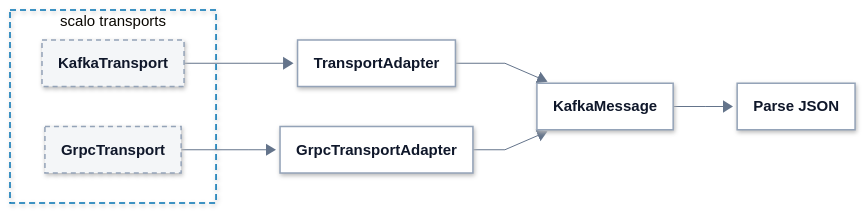
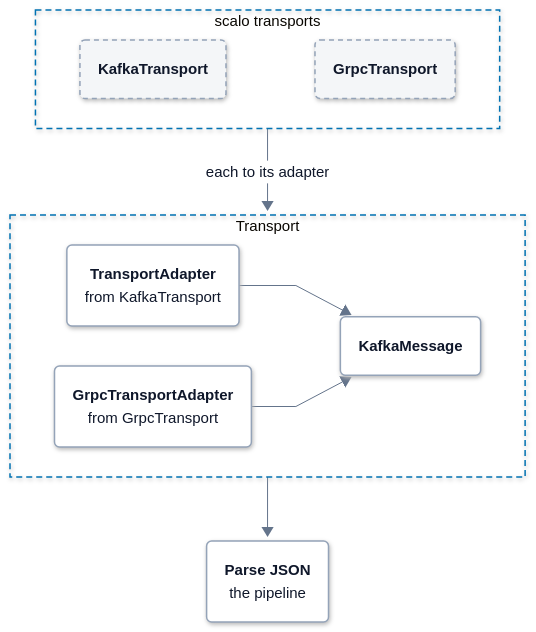
Before and after one commit to hyperi-io/dfe-loader: the diagram in docs/transport/README.md, drawn with Mermaid. The commit also changed other lines of this file and 19 other files, not shown here.

First line of the commit message:
docs(architecture): bring the loader pages to the architecture standard

````diff
--- a/docs/transport/README.md
+++ b/docs/transport/README.md
@@ -60,25 +68,31 @@
     .ui .label-icon{color:#D9480F}
     .ext .label-icon{color:#64748B}
 ---
-flowchart LR
+flowchart TB
     accTitle: L4 Detail -- Transport adapters
     accDescr: scalo's KafkaTransport feeds the loader's TransportAdapter and scalo's GrpcTransport feeds the GrpcTransportAdapter. Both adapters turn each record into a KafkaMessage, which goes to the JSON parse step.
 
     subgraph scalo["scalo transports"]
-        kafka["<b>KafkaTransport</b>"]
-        grpc["<b>GrpcTransport</b>"]
+        direction LR
+        kafka("<b>KafkaTransport</b>")
+        grpc("<b>GrpcTransport</b>")
+        kafka ~~~ grpc
     end
-
-    kafkaadapter["<b>TransportAdapter</b>"]
-    grpcadapter["<b>GrpcTransportAdapter</b>"]
-    message["<b>KafkaMessage</b>"]
-    parse["<b>Parse JSON</b>"]
-
-    kafka --> kafkaadapter
-    grpc --> grpcadapter
-    kafkaadapter --> message
-    grpcadapter --> message
-    message --> parse
+    subgraph transport["Transport"]
+        direction LR
+        kafkaadapter("<b>TransportAdapter</b><br/><span>from KafkaTransport</span>")
+        grpcadapter("<b>GrpcTransportAdapter</b><br/><span>from GrpcTransport</span>")
+        message("<b>KafkaMessage</b>")
+        kafkaadapter --> message
+        grpcadapter --> message
+    end
+    parse("<b>Parse JSON</b><br/><span>the pipeline</span>")
+    scalo -->|each to its adapter| transport
+    transport --> parse
+  class kafka,grpc ext
+  class kafkaadapter,grpcadapter,message,parse part
+  class kafka,grpc ext
+  class kafkaadapter,grpcadapter,message,parse part
   classDef ext fill:#F4F6F8,stroke:#94A3B8,stroke-width:1.5px,stroke-dasharray:5 4,color:#0F172A
   classDef ingest fill:#FFFFFF,stroke:#0E8A7D,stroke-width:3px,color:#0F172A
   classDef xform fill:#FFFFFF,stroke:#7B4FB0,stroke-width:3px,color:#0F172A
@@ -90,7 +104,6 @@
   classDef error fill:#FFFFFF,stroke:#C2410C,stroke-width:3px,color:#0F172A
   classDef control fill:#FFFFFF,stroke:#334155,stroke-width:3px,color:#0F172A
   classDef part fill:#FFFFFF,stroke:#94A3B8,stroke-width:1.5px,color:#0F172A
-  class kafka,grpc ext
-  class kafkaadapter,grpcadapter,message,parse part
   style scalo fill:none,stroke:#0072B2,stroke-width:1.5px,stroke-dasharray:6 4
+  style transport fill:none,stroke:#0072B2,stroke-width:1.5px,stroke-dasharray:6 4
 ```
````
